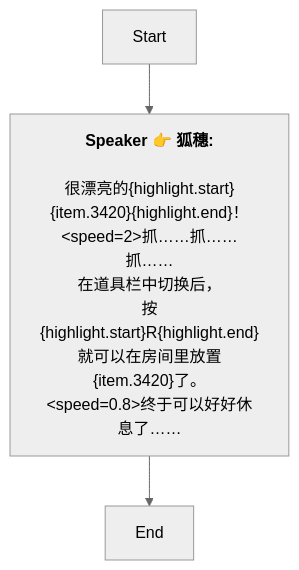
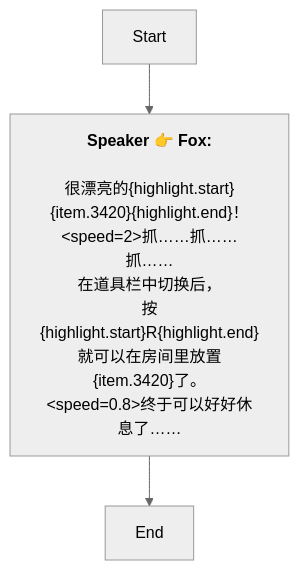
Before and after one commit to SoftHu/tos_avg: the diagram in Zh/QuestStartTalkENode_1741804102115683.md, drawn with Mermaid (neutral theme). The commit also changed 737 other files, not shown here.

````diff
--- a/Zh/QuestStartTalkENode_1741804102115683.md
+++ b/Zh/QuestStartTalkENode_1741804102115683.md
@@ -1,12 +1,9 @@
 ```mermaid
 graph
-Start -->1741804137167206[<b>Speaker 👉 狐穗:</b>
-
-很漂亮的&lbrace;highlight.start&rbrace;&lbrace;item.3420&rbrace;&lbrace;highlight.end&rbrace;！
-&lt;speed=2&gt;抓……抓……抓……
-在道具栏中切换后，
-按&lbrace;highlight.start&rbrace;R&lbrace;highlight.end&rbrace;就可以在房间里放置&lbrace;item.3420&rbrace;了。
-&lt;speed=0.8&gt;终于可以好好休息了……]
+Start -->1741804137167206[<b>Speaker 👉 Fox:</b>
+\n很漂亮的&lbrace;highlight.start&rbrace;&lbrace;item.3420&rbrace;&lbrace;highlight.end&rbrace;！
+&lt;speed=2&gt;抓……抓……抓……\n在道具栏中切换后，
+按&lbrace;highlight.start&rbrace;R&lbrace;highlight.end&rbrace;就可以在房间里放置&lbrace;item.3420&rbrace;了。\n&lt;speed=0.8&gt;终于可以好好休息了……]
 1741804137167206 -->1741804234604903[End]
 
- ```
+```
````
